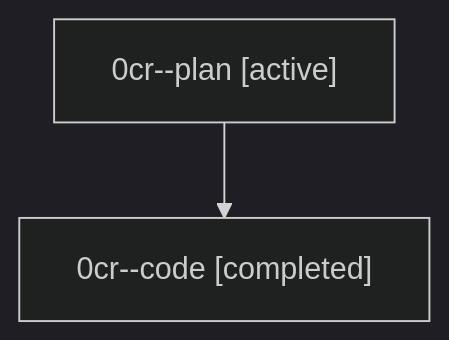
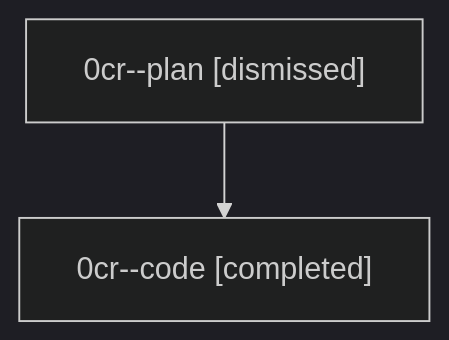
The diagram in sessions/bbugyi200.athena.0cr.md (sase-org/sase--agents), drawn with Mermaid (dark theme) before and after one commit. The commit also changed other lines of this file and 24 other files, not shown here.

````diff
--- a/sessions/bbugyi200.athena.0cr.md
+++ b/sessions/bbugyi200.athena.0cr.md
@@ -9,6 +9,6 @@
 ```mermaid
 flowchart TD
-  n0["0cr--plan [active]"]
+  n0["0cr--plan [dismissed]"]
   n1["0cr--code [completed]"]
   n0 --> n1
 ```
````
